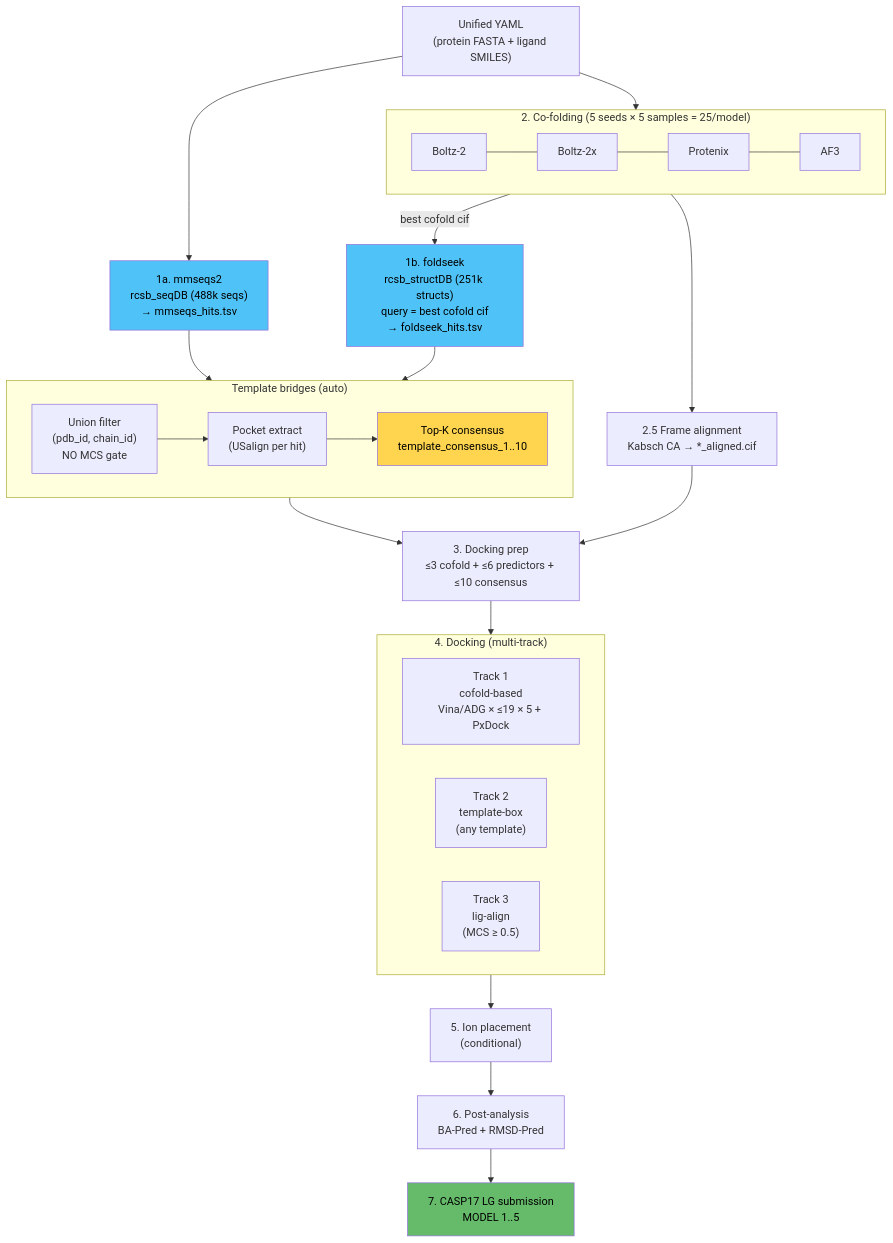
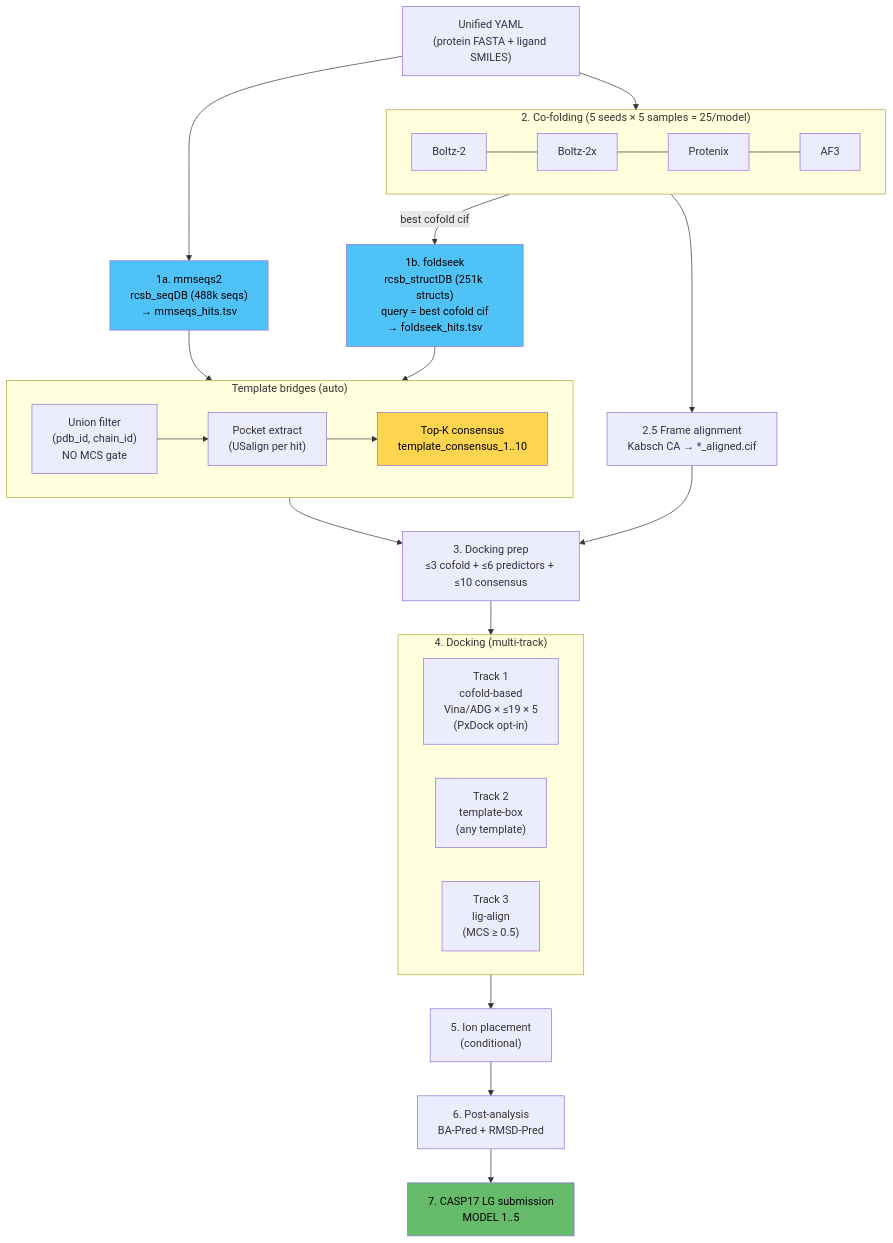
Before and after one commit to eightmm/mosaic-pl: the first of 4 diagrams in docs/pipeline.md, drawn with Mermaid. The commit also changed other lines of this file and 5 other files, not shown here.

First line of the commit message:
feat(track2): cluster-aware template selection + PxDock default off

````diff
--- a/docs/pipeline.md
+++ b/docs/pipeline.md
@@ -11,50 +11,50 @@
 ```mermaid
 flowchart TB
     INPUT["Unified YAML\n(protein FASTA + ligand SMILES)"]
 
     MM["1a. mmseqs2\nrcsb_seqDB (488k seqs)\n→ mmseqs_hits.tsv"]
 
     subgraph S2["2. Co-folding (5 seeds × 5 samples = 25/model)"]
         direction LR
         B2["Boltz-2"] --- B2X["Boltz-2x"] --- PTX["Protenix"] --- AF3["AF3"]
     end
 
     FS["1b. foldseek\nrcsb_structDB (251k structs)\nquery = best cofold cif\n→ foldseek_hits.tsv"]
 
     subgraph SB["Template bridges (auto)"]
         direction LR
         F1["Union filter\n(pdb_id, chain_id)\nNO MCS gate"] --> F2["Pocket extract\n(USalign per hit)"] --> F3["Top-K consensus\ntemplate_consensus_1..10"]
     end
 
     AL["2.5 Frame alignment\nKabsch CA → *_aligned.cif"]
     PREP["3. Docking prep\n≤3 cofold + ≤6 predictors + ≤10 consensus"]
 
     subgraph S5["4. Docking (multi-track)"]
         direction LR
-        T1["Track 1\ncofold-based\nVina/ADG × ≤19 × 5 + PxDock"]
+        T1["Track 1\ncofold-based\nVina/ADG × ≤19 × 5\n(PxDock opt-in)"]
         T2["Track 2\ntemplate-box\n(any template)"]
         T3["Track 3\nlig-align\n(MCS ≥ 0.5)"]
     end
 
     ION["5. Ion placement\n(conditional)"]
     POST["6. Post-analysis\nBA-Pred + RMSD-Pred"]
     LG["7. CASP17 LG submission\nMODEL 1..5"]
 
     INPUT --> MM
     INPUT --> S2
     S2 -->|"best cofold cif"| FS
     MM --> SB
     FS --> SB
     S2 --> AL
     SB --> PREP
     AL --> PREP
     PREP --> S5
     S5 --> ION
     ION --> POST
     POST --> LG
 
     style MM fill:#4fc3f7,color:#000
     style FS fill:#4fc3f7,color:#000
     style F3 fill:#ffd54f,color:#000
     style LG fill:#66bb6a,color:#000
 ```
````
